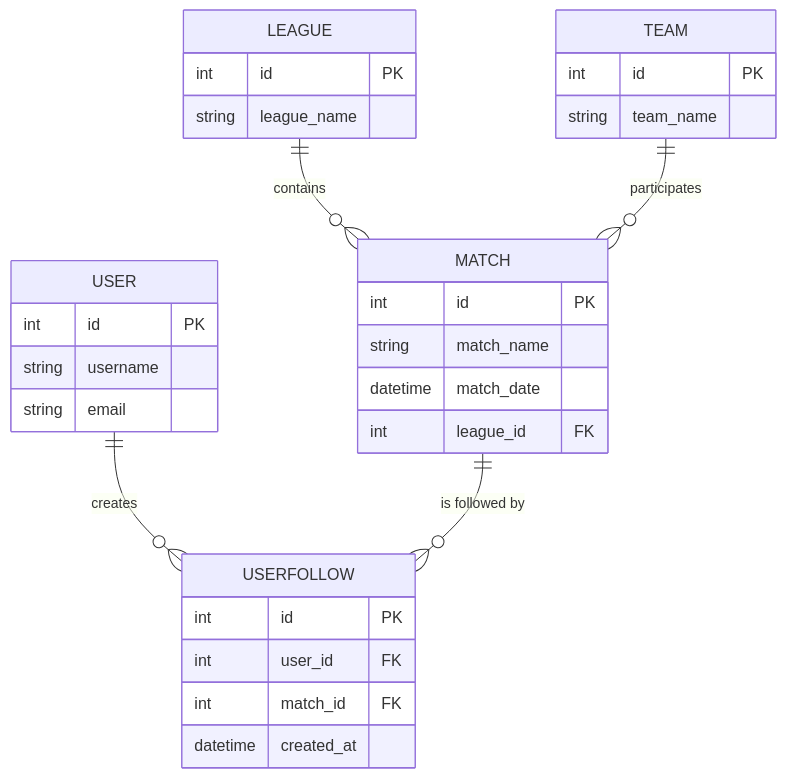
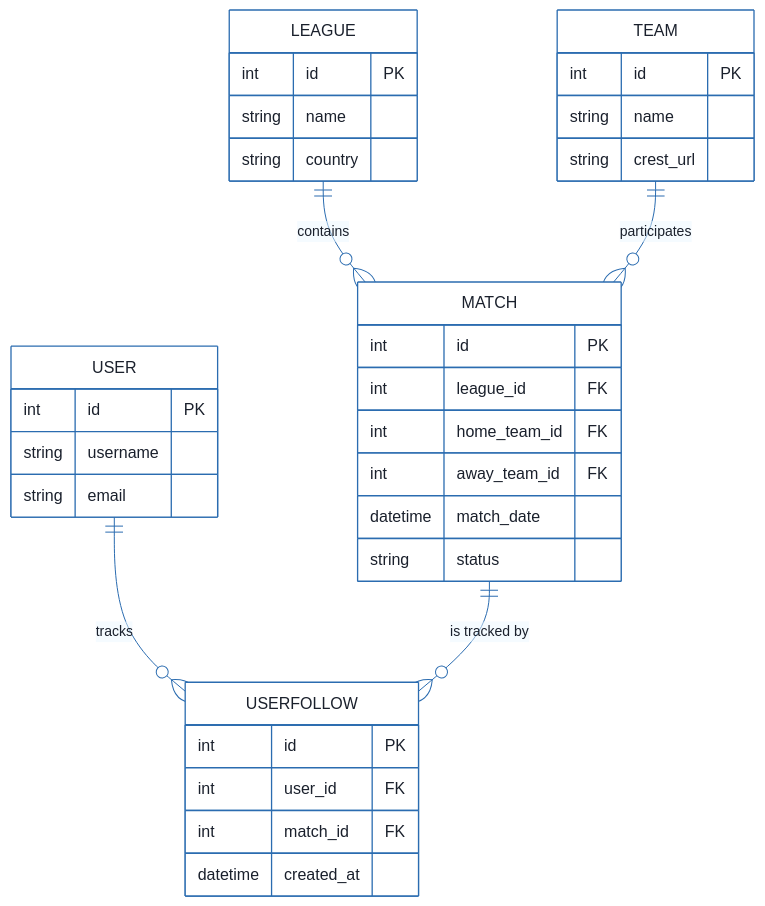
The third of 7 diagrams in outputs/001-football-match-manager/markdowns/tasks_v1.0_doc.md (abir-ommezzine/extension-github-spec-kit), drawn with Mermaid before and after one commit. The commit also changed other lines of this file and 145 other files, not shown here.

````diff
--- a/outputs/001-football-match-manager/markdowns/tasks_v1.0_doc.md
+++ b/outputs/001-football-match-manager/markdowns/tasks_v1.0_doc.md
@@ -107,32 +172,79 @@
 ```mermaid
+%%{init: {
+  'theme': 'base',
+  'themeVariables': {
+    'primaryColor': '#1A365D',
+    'primaryTextColor': '#1A202C',
+    'primaryBorderColor': '#2B6CB0',
+    'lineColor': '#2B6CB0',
+    'secondaryColor': '#EBF8FF',
+    'tertiaryColor': '#EBF8FF',
+    'background': '#FFFFFF',
+    'mainBkg': '#FFFFFF',
+    'secondBkg': '#EBF8FF',
+    'tertiaryBkg': '#F7FAFC',
+    'secondaryTextColor': '#4A5568',
+    'fontSize': '16px',
+    'fontFamily': 'Inter, system-ui, sans-serif',
+    'nodePadding': '15px',
+    'borderRadius': '8px',
+    'edgeLabelBackground': '#EBF8FF',
+    'clusterBkg': '#F7FAFC',
+    'clusterBorder': '#2B6CB0',
+    'defaultLinkColor': '#2B6CB0',
+    'titleColor': '#1A365D',
+    'actorBorder': '#2B6CB0',
+    'actorBkg': '#EBF8FF',
+    'actorTextColor': '#1A365D',
+    'actorLineColor': '#2B6CB0',
+    'signalColor': '#2B6CB0',
+    'signalTextColor': '#1A202C',
+    'labelBoxBorderColor': '#2B6CB0',
+    'labelBoxBkgColor': '#EBF8FF',
+    'labelTextColor': '#1A202C',
+    'loopTextColor': '#1A202C',
+    'arrowHeadColor': '#2B6CB0',
+    'sequenceNumberColor': '#1A365D',
+    'sequenceActorBorder': '#2B6CB0',
+    'sequenceActorBkg': '#EBF8FF',
+    'sequenceArrowColor': '#2B6CB0',
+    'noteBkgColor': '#FFF5EB',
+    'noteBorderColor': '#DD6B20',
+    'noteTextColor': '#1A202C'
+  }
+}}%%
 erDiagram
-    USER ||--o{ USERFOLLOW : "creates"
-    MATCH ||--o{ USERFOLLOW : "is followed by"
+    USER ||--o{ USERFOLLOW : "tracks"
+    MATCH ||--o{ USERFOLLOW : "is tracked by"
     LEAGUE ||--o{ MATCH : "contains"
     TEAM ||--o{ MATCH : "participates"
     USER {
         int id PK
         string username
         string email
     }
     MATCH {
         int id PK
-        string match_name
+        int league_id FK
+        int home_team_id FK
+        int away_team_id FK
         datetime match_date
-        int league_id FK
+        string status
     }
     TEAM {
         int id PK
-        string team_name
+        string name
+        string crest_url
     }
     LEAGUE {
         int id PK
-        string league_name
+        string name
+        string country
     }
     USERFOLLOW {
         int id PK
         int user_id FK
         int match_id FK
         datetime created_at
     }
 ```
````
